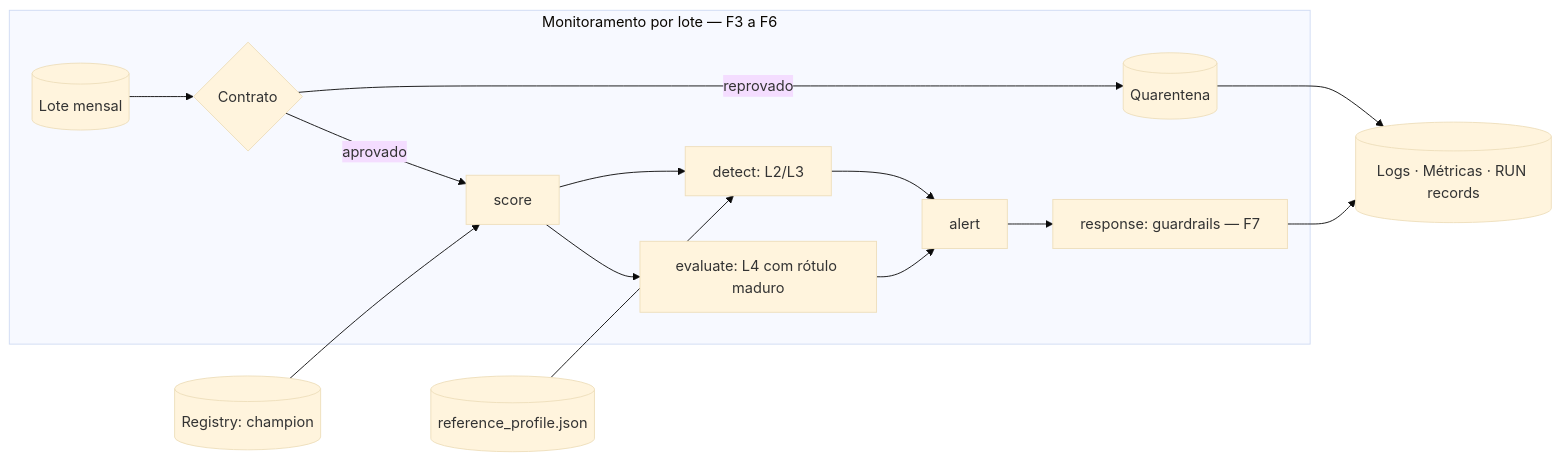
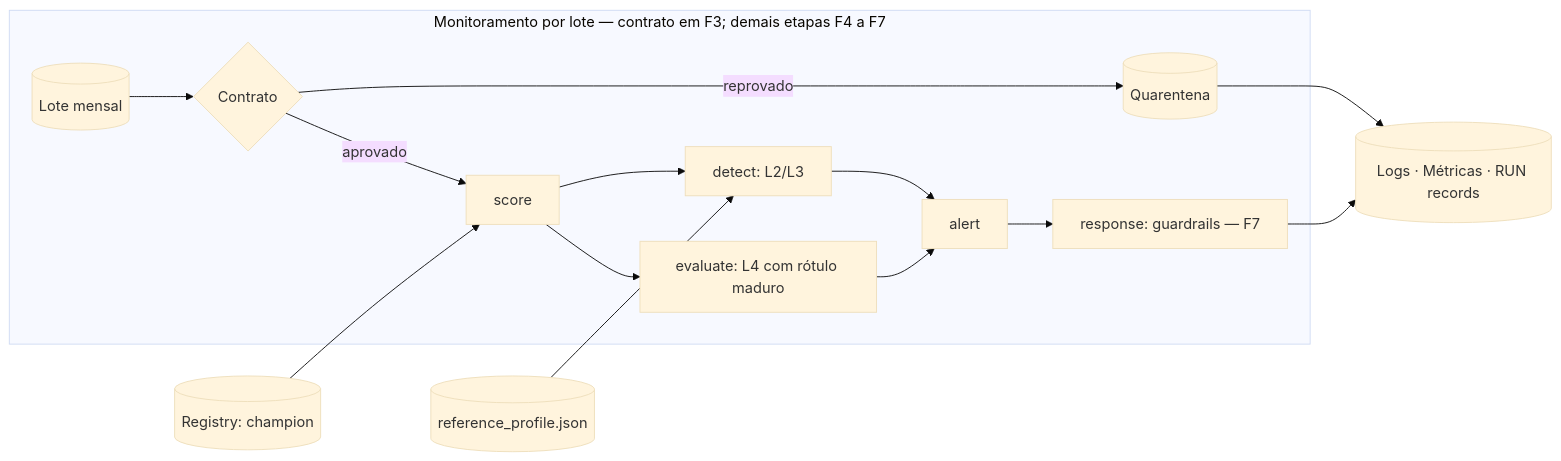
Before and after one commit to NycolasGarcia/Credit-Scoring-Drift-Monitoring: the fourth of 4 diagrams in docs/ARCHITECTURE.md, drawn with Mermaid (base theme). The commit also changed 5 other files, not shown here.

````diff
--- a/docs/ARCHITECTURE.md
+++ b/docs/ARCHITECTURE.md
@@ -77,17 +77,17 @@
 ```mermaid
 flowchart LR
-    subgraph Monitoramento [Monitoramento por lote — F3 a F6]
+    subgraph Monitoramento [Monitoramento por lote — contrato em F3; demais etapas F4 a F7]
         B[(Lote mensal)] --> V{Contrato}
         V -- reprovado --> Q[(Quarentena)]
         V -- aprovado --> S[score]
         S --> D[detect: L2/L3]
         S --> E[evaluate: L4 com rótulo maduro]
         D --> A[alert]
         E --> A
         A --> G[response: guardrails — F7]
     end
     M[(Registry: champion)] --> S
     P[(reference_profile.json)] --> D
     G --> O[(Logs · Métricas · RUN records)]
     Q --> O
 ```
````
